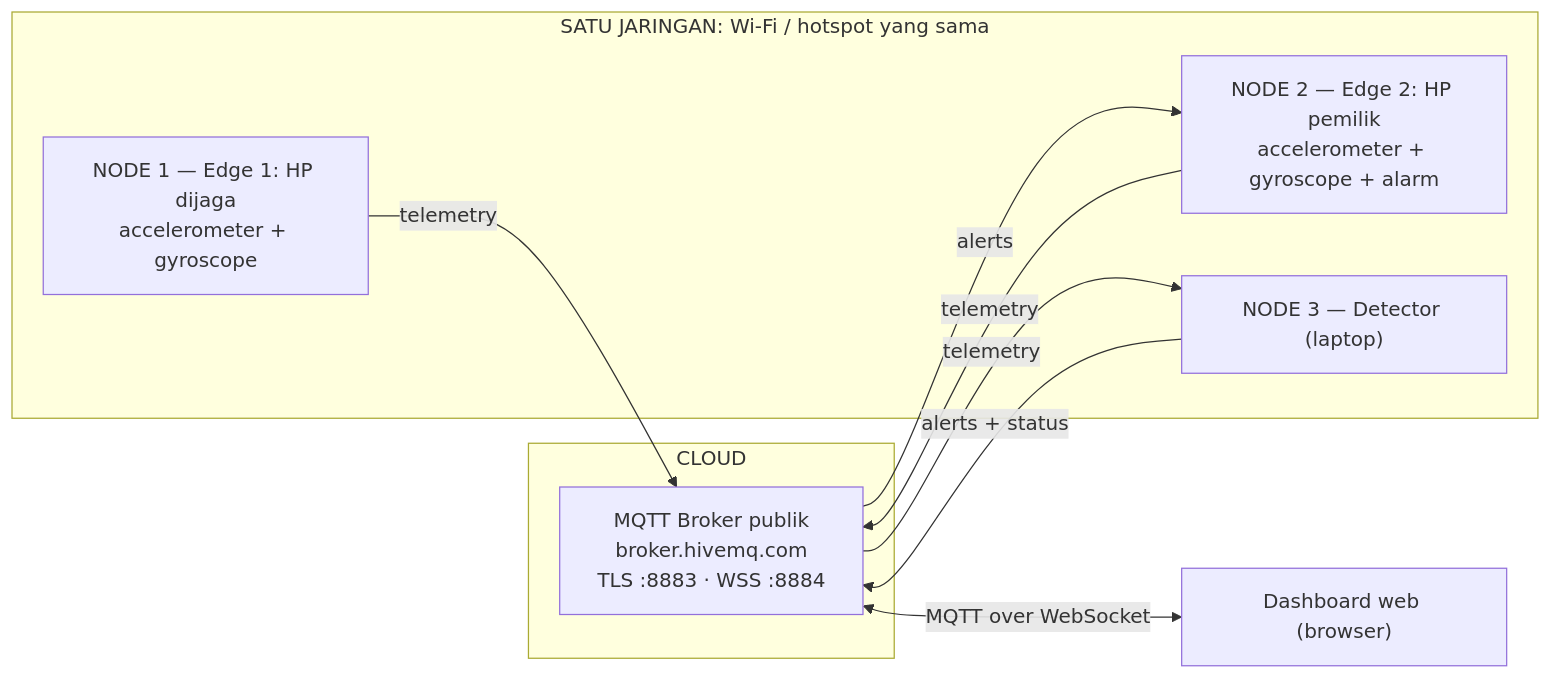
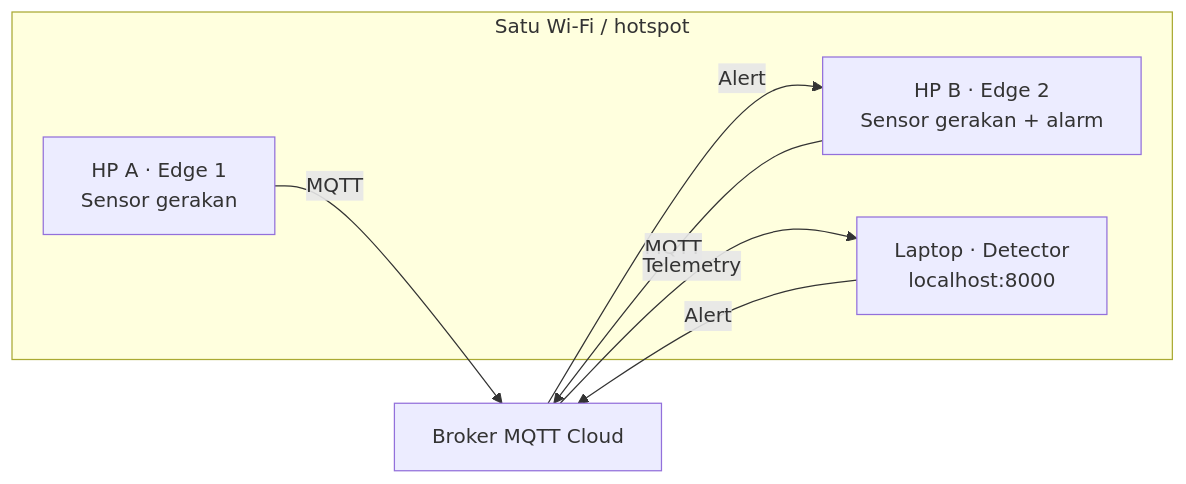
Before and after one commit to JustinCLT/baby-monitor-iot: the diagram in README.md, drawn with Mermaid. The commit also changed other lines of this file and 12 other files, not shown here.

Commit message:
feat: real Android browser edge, localhost dashboard, dan quickstart mahasiswa

````diff
--- a/README.md
+++ b/README.md
@@ -21,18 +9,13 @@
 ```mermaid
 flowchart LR
-    subgraph WIFI["SATU JARINGAN: Wi-Fi / hotspot yang sama"]
-        E1["NODE 1 — Edge 1: HP dijaga<br/>accelerometer + gyroscope"]
-        E2["NODE 2 — Edge 2: HP pemilik<br/>accelerometer + gyroscope + alarm"]
-        D["NODE 3 — Detector (laptop)"]
-    end
-    subgraph CLOUD["CLOUD"]
-        M["MQTT Broker publik<br/>broker.hivemq.com<br/>TLS :8883 · WSS :8884"]
-    end
-    W["Dashboard web (browser)"]
-    E1 -->|"telemetry"| M
-    E2 -->|"telemetry"| M
-    M -->|"telemetry"| D
-    D -->|"alerts + status"| M
-    M -->|"alerts"| E2
-    M <-->|"MQTT over WebSocket"| W
+  subgraph WIFI["Satu Wi-Fi / hotspot"]
+    A["HP A · Edge 1<br/>Sensor gerakan"]
+    B["HP B · Edge 2<br/>Sensor gerakan + alarm"]
+    L["Laptop · Detector<br/>localhost:8000"]
+  end
+  A -->|MQTT| M["Broker MQTT Cloud"]
+  B -->|MQTT| M
+  M -->|Telemetry| L
+  L -->|Alert| M
+  M -->|Alert| B
 ```
````
